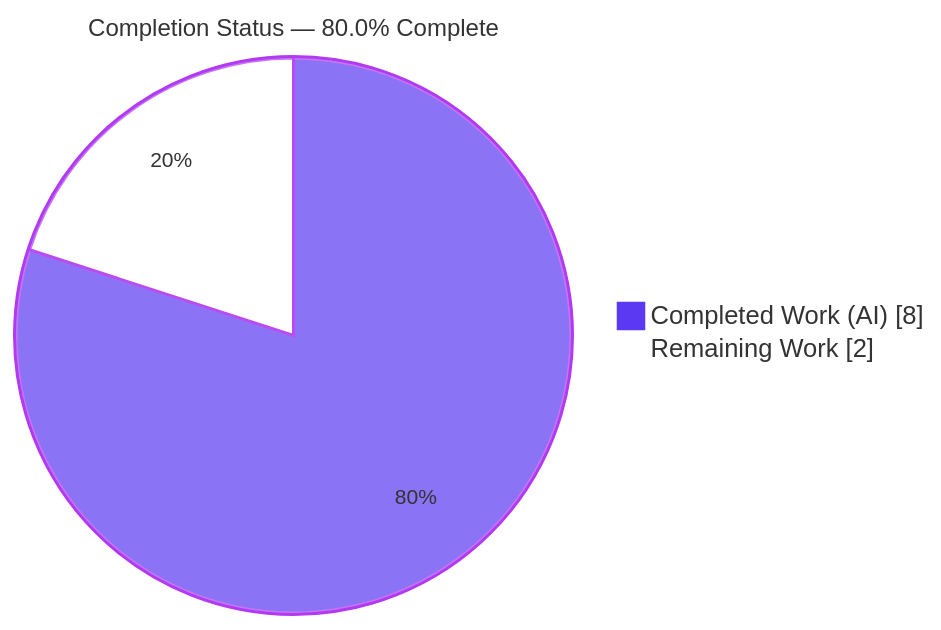
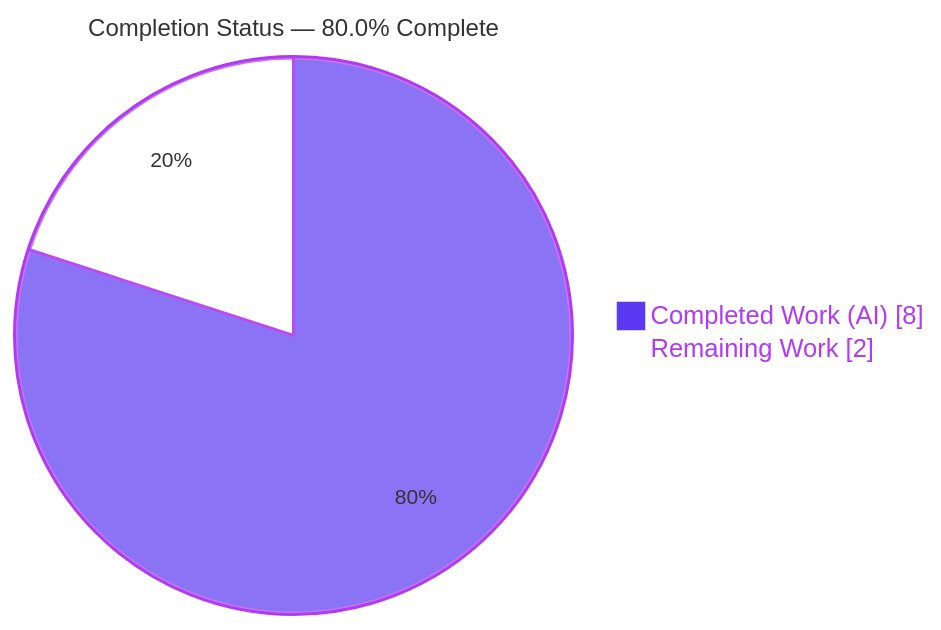
The first of 3 diagrams in blitzy/documentation/Project Guide.md (Sandeep02Kumar02/12-dec-existing-projects-qa-test-2), drawn with Mermaid before and after one commit. The commit also changed other lines of this file, not shown here.

````diff
--- a/blitzy/documentation/Project Guide.md
+++ b/blitzy/documentation/Project Guide.md
@@ -18,6 +18,6 @@
 ```mermaid
-%%{init: {'theme':'base', 'themeVariables': {'pie1':'#5B39F3','pie2':'#FFFFFF','pieStrokeColor':'#B23AF2','pieOuterStrokeColor':'#B23AF2','pieStrokeWidth':'2px','pieTitleTextSize':'16px','pieSectionTextSize':'14px'}}}%%
+%%{init: {'theme':'base', 'themeVariables': {'pie1':'#5B39F3','pie2':'#FFFFFF','pieStrokeColor':'#B23AF2','pieOuterStrokeColor':'#B23AF2','pieStrokeWidth':'2px','pieTitleTextSize':'16px','pieSectionTextSize':'14px','pieLegendTextColor':'#B23AF2'}}}%%
 pie showData title Completion Status — 80.0% Complete
     "Completed Work (AI)" : 8
     "Remaining Work" : 2
 ```
````
